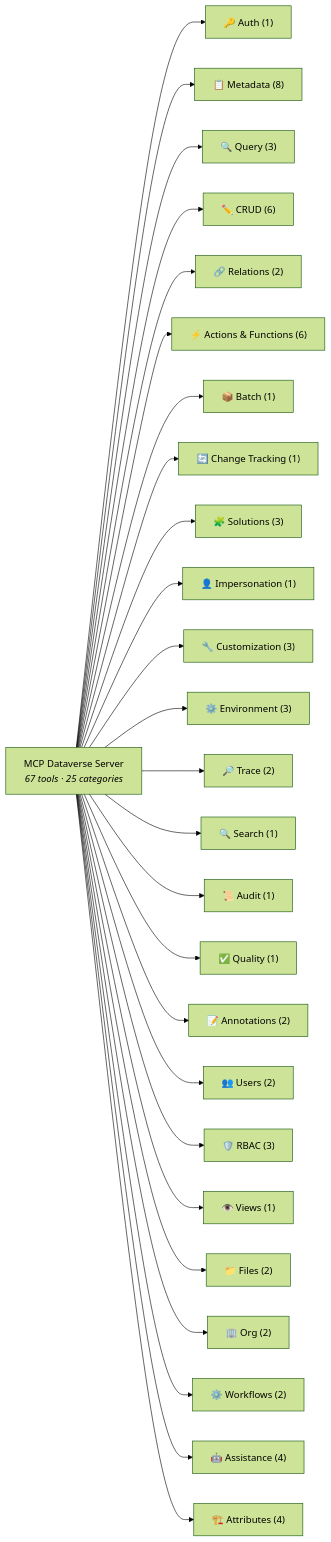
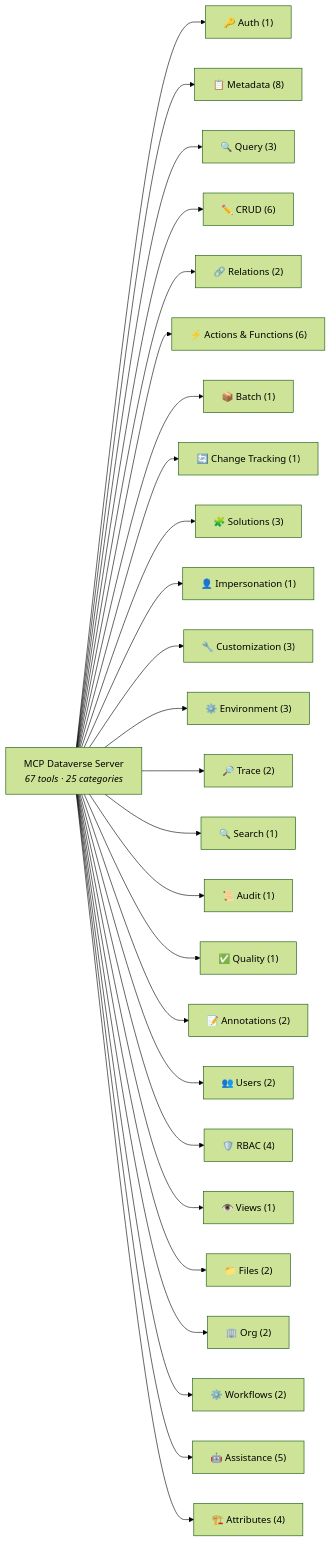
One commit to codeurali/mcp-dataverse changed the diagram in CAPABILITIES.md. Above: the diagram before and after it, drawn with Mermaid (forest theme). The commit also changed other lines of this file and 3 other files, not shown here.

First line of the commit message:
docs: fix counts, add 4 missing tool docs, fix roadmap table rendering

````diff
--- a/CAPABILITIES.md
+++ b/CAPABILITIES.md
@@ -96,30 +96,30 @@
 ```mermaid
 graph LR
     MCP["MCP Dataverse Server<br/><i>67 tools · 25 categories</i>"]
 
     MCP --> AUTH["🔑 Auth (1)"]
     MCP --> META["📋 Metadata (8)"]
     MCP --> QUERY["🔍 Query (3)"]
     MCP --> CRUD["✏️ CRUD (6)"]
     MCP --> REL["🔗 Relations (2)"]
     MCP --> ACT["⚡ Actions & Functions (6)"]
     MCP --> BATCH["📦 Batch (1)"]
     MCP --> TRACK["🔄 Change Tracking (1)"]
     MCP --> SOL["🧩 Solutions (3)"]
     MCP --> IMP["👤 Impersonation (1)"]
     MCP --> CUST["🔧 Customization (3)"]
     MCP --> ENV["⚙️ Environment (3)"]
     MCP --> TRACE["🔎 Trace (2)"]
     MCP --> SRCH["🔍 Search (1)"]
     MCP --> AUDIT["📜 Audit (1)"]
     MCP --> QUAL["✅ Quality (1)"]
     MCP --> NOTE["📝 Annotations (2)"]
     MCP --> USR["👥 Users (2)"]
-    MCP --> RBAC["🛡️ RBAC (3)"]
+    MCP --> RBAC["🛡️ RBAC (4)"]
     MCP --> VIEWS["👁️ Views (1)"]
     MCP --> FILES["📁 Files (2)"]
     MCP --> ORG["🏢 Org (2)"]
     MCP --> WF["⚙️ Workflows (2)"]
-    MCP --> ASSIST["🤖 Assistance (4)"]
+    MCP --> ASSIST["🤖 Assistance (5)"]
     MCP --> ATTR["🏗️ Attributes (4)"]
 ```
````
